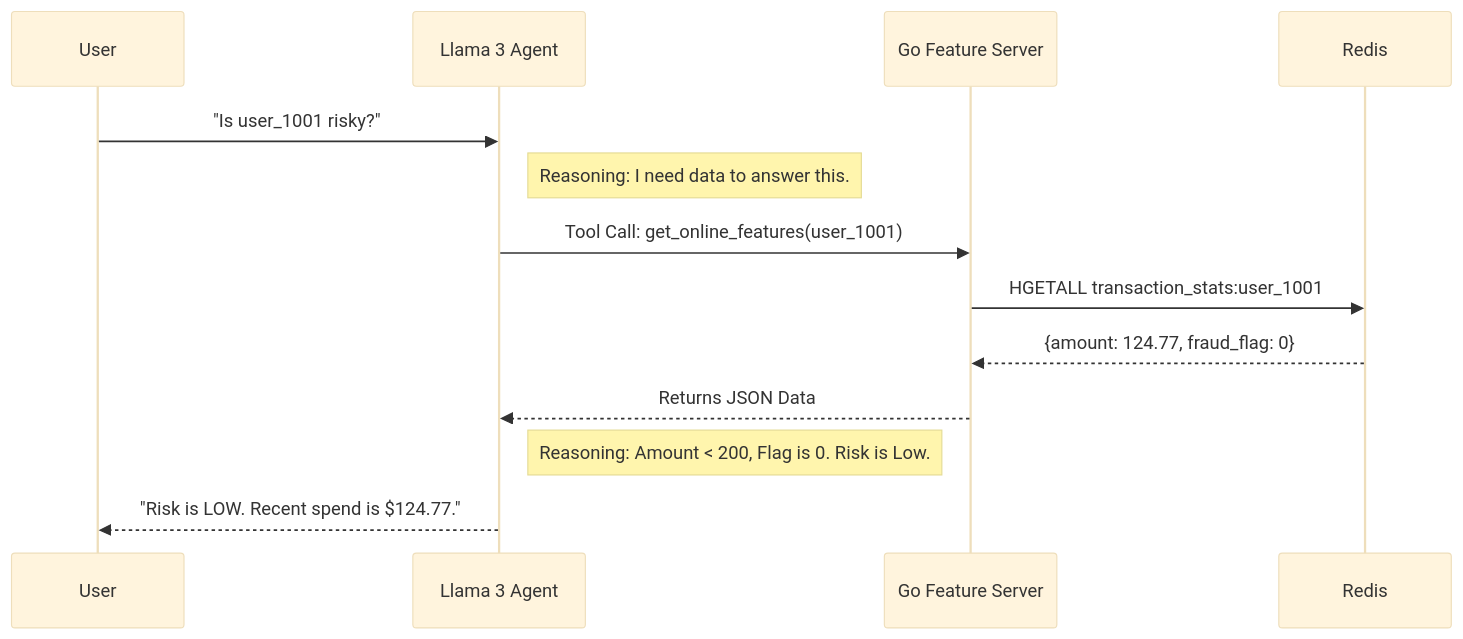
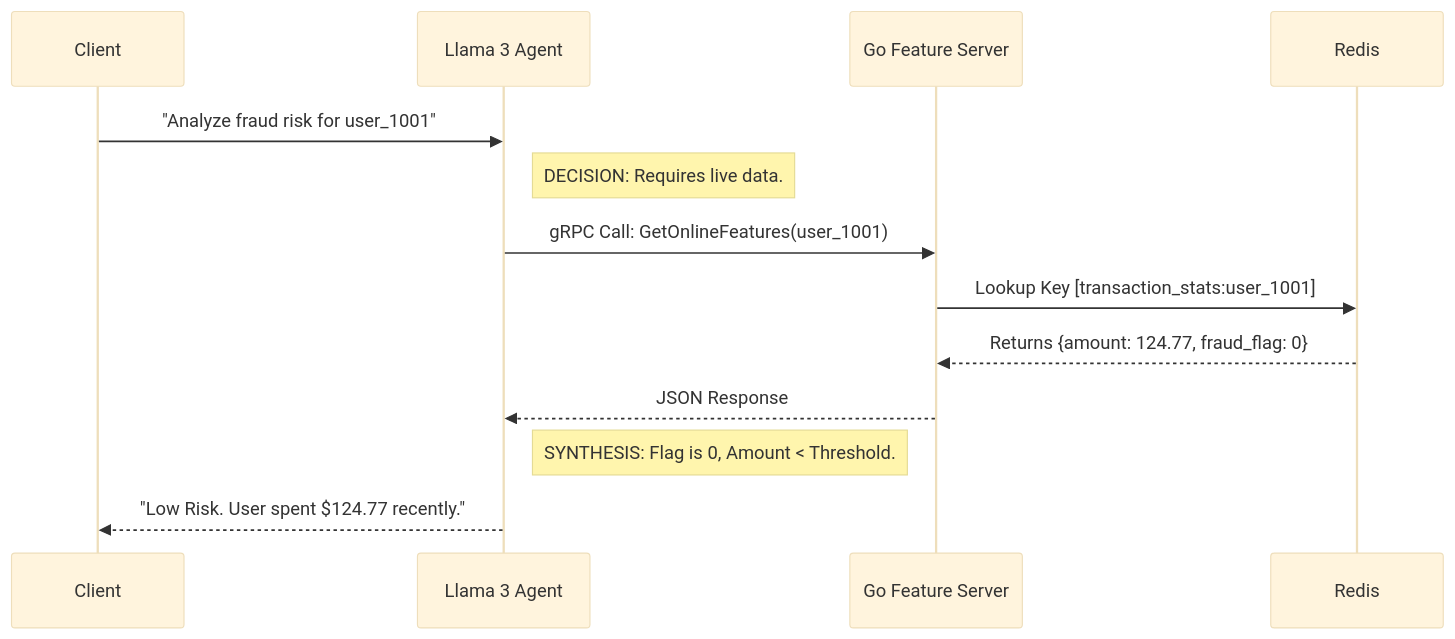
One commit to SalmaTech-03/kairos-platform changed the second of 2 diagrams in README.md. Above: the diagram before and after it, drawn with Mermaid (base theme). The commit also changed other lines of this file, not shown here.

First line of the commit message:
Revise README for updated architecture and capabilities

````diff
--- a/README.md
+++ b/README.md
@@ -54,16 +50,16 @@
 ```mermaid
 sequenceDiagram
-    participant User
+    participant Client
     participant LLM as Llama 3 Agent
     participant Go as Go Feature Server
     participant Redis
 
-    User->>LLM: "Is user_1001 risky?"
-    Note right of LLM: Reasoning: I need data to answer this.
-    LLM->>Go: Tool Call: get_online_features(user_1001)
-    Go->>Redis: HGETALL transaction_stats:user_1001
-    Redis-->>Go: {amount: 124.77, fraud_flag: 0}
-    Go-->>LLM: Returns JSON Data
-    Note right of LLM: Reasoning: Amount < 200, Flag is 0. Risk is Low.
-    LLM-->>User: "Risk is LOW. Recent spend is $124.77."
+    Client->>LLM: "Analyze fraud risk for user_1001"
+    Note right of LLM: DECISION: Requires live data.
+    LLM->>Go: gRPC Call: GetOnlineFeatures(user_1001)
+    Go->>Redis: Lookup Key [transaction_stats:user_1001]
+    Redis-->>Go: Returns {amount: 124.77, fraud_flag: 0}
+    Go-->>LLM: JSON Response
+    Note right of LLM: SYNTHESIS: Flag is 0, Amount < Threshold.
+    LLM-->>Client: "Low Risk. User spent $124.77 recently."
 ```
````
